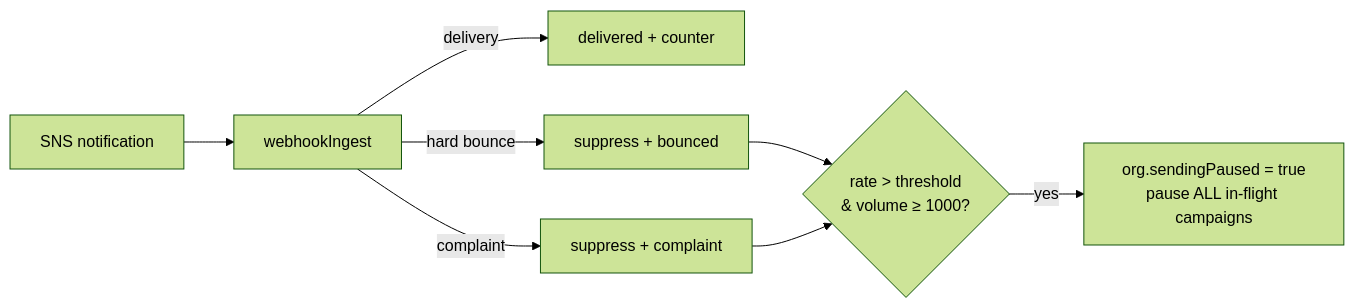
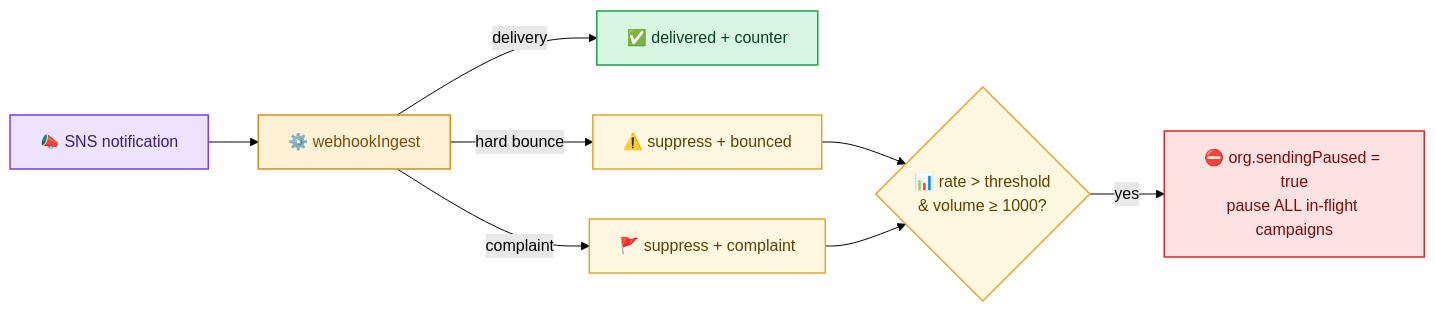
Before and after one commit to sidkr/fe-gorilla: the seventh of 7 diagrams in documentation/architecture.md, drawn with Mermaid (forest theme). The commit also changed other lines of this file and 2 other files, not shown here.

First line of the commit message:
docs: color-code + add iconography to architecture diagrams

````diff
--- a/documentation/architecture.md
+++ b/documentation/architecture.md
@@ -445,10 +481,22 @@
 ```mermaid
 flowchart LR
-  SNS["SNS notification"] --> ING["webhookIngest"]
-  ING -->|"delivery"| D["delivered + counter"]
-  ING -->|"hard bounce"| HB["suppress + bounced"]
-  ING -->|"complaint"| C["suppress + complaint"]
-  HB --> AP{"rate &gt; threshold<br/>&amp; volume ≥ 1000?"}
+  SNS["📣 SNS notification"] --> ING["⚙️ webhookIngest"]
+  ING -->|"delivery"| D["✅ delivered + counter"]
+  ING -->|"hard bounce"| HB["⚠️ suppress + bounced"]
+  ING -->|"complaint"| C["🚩 suppress + complaint"]
+  HB --> AP{"📊 rate &gt; threshold<br/>&amp; volume ≥ 1000?"}
   C --> AP
-  AP -- yes --> PAUSE["org.sendingPaused = true<br/>pause ALL in-flight campaigns"]
+  AP -- yes --> PAUSE["⛔ org.sendingPaused = true<br/>pause ALL in-flight campaigns"]
+
+  classDef worker fill:#FFF1D6,stroke:#D98A14,stroke-width:1.5px,color:#7A4D08;
+  classDef data fill:#D7F7E3,stroke:#16A34A,stroke-width:1.5px,color:#08431F;
+  classDef ext fill:#ECE3FF,stroke:#7C3AED,stroke-width:1.5px,color:#3B1E7A;
+  classDef decision fill:#FFF7E0,stroke:#E0A92E,stroke-width:1.5px,color:#5A4300;
+  classDef danger fill:#FEE2E2,stroke:#DC2626,stroke-width:1.5px,color:#7A0E0E;
+  class SNS ext
+  class ING worker
+  class D data
+  class HB,C decision
+  class AP decision
+  class PAUSE danger
 ```
````
